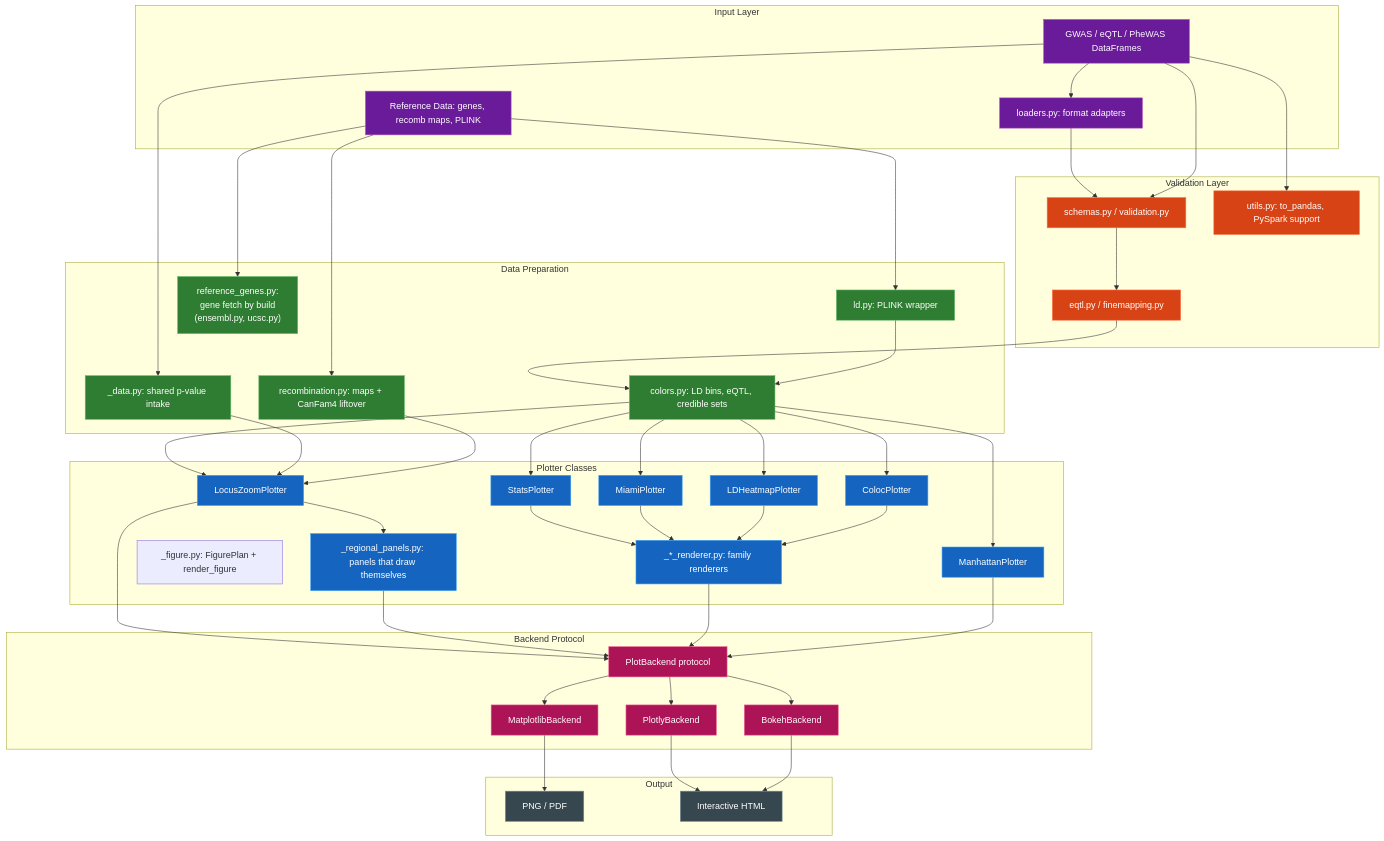
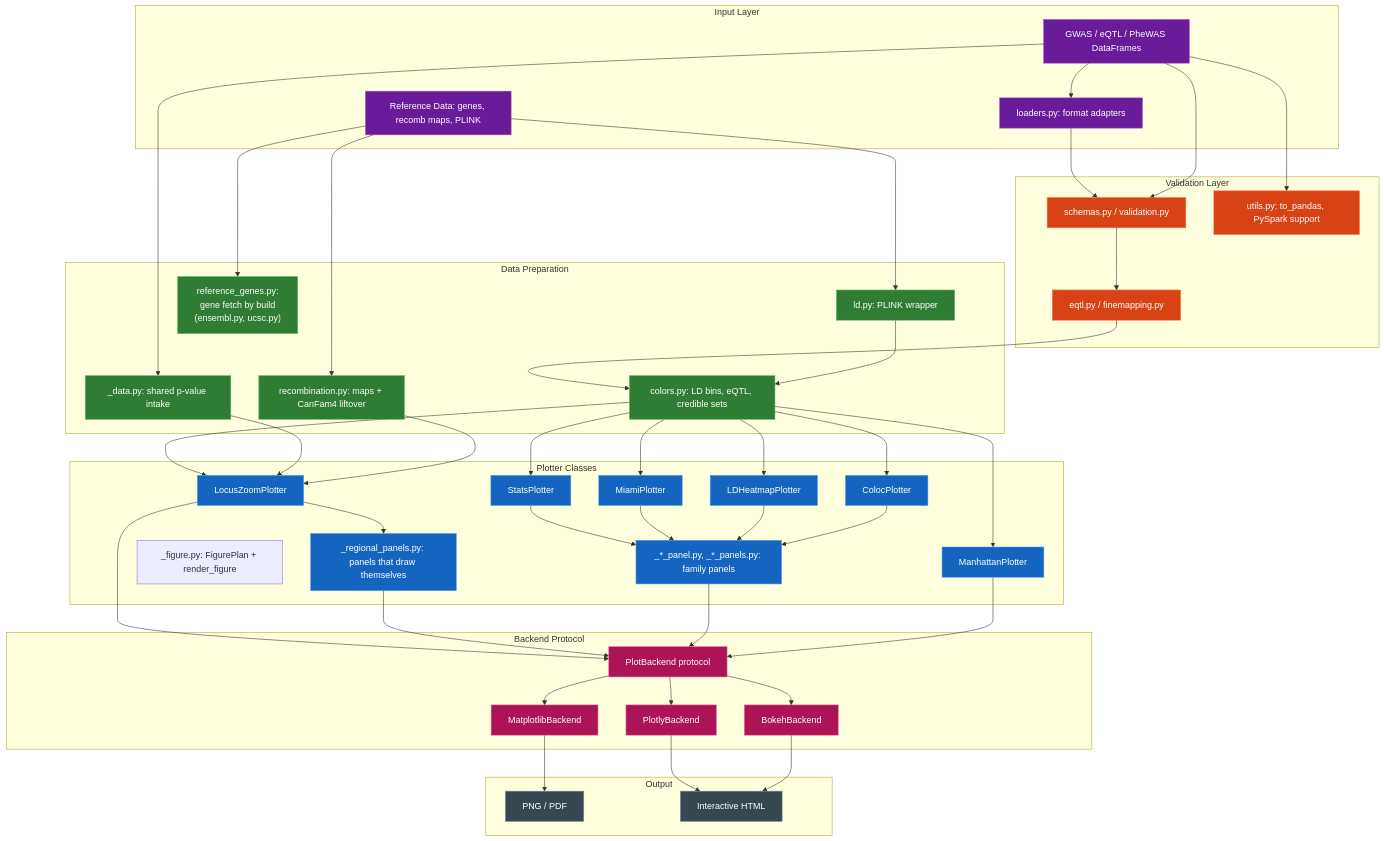
The diagram in docs/ARCHITECTURE.md (michael-denyer/pyLocusZoom), drawn with Mermaid before and after one commit. The commit also changed other lines of this file and 6 other files, not shown here.

```diff
--- a/docs/ARCHITECTURE.md
+++ b/docs/ARCHITECTURE.md
@@ -42,7 +42,7 @@
         LZ[LocusZoomPlotter]
         REGIONAL["_regional_panels.py: panels that draw themselves"]
         FIGURE["_figure.py: FigurePlan + render_figure"]
-        FAMILIES[_*_renderer.py: family renderers]
+        FAMILIES[_*_panel.py, _*_panels.py: family panels]
         MP[ManhattanPlotter]
         SP[StatsPlotter]
         MIAMI[MiamiPlotter]
```
